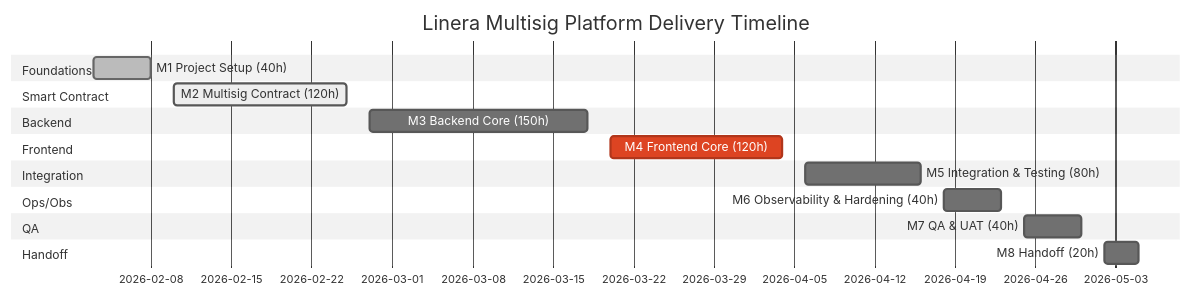
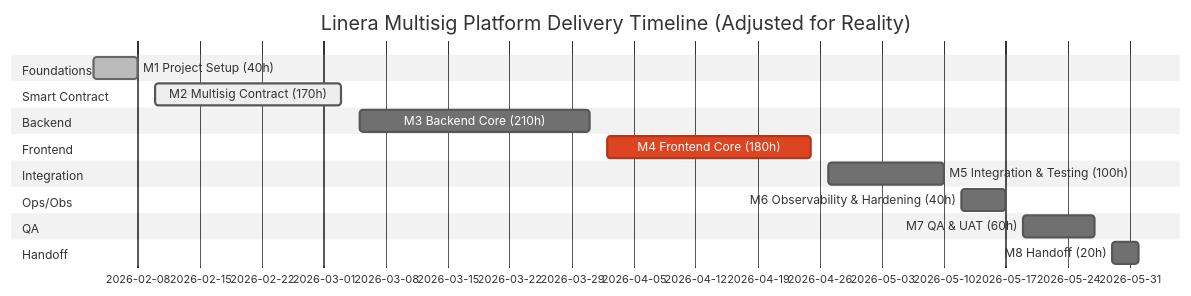
The third of 3 diagrams in docs/PROPOSAL/linera-multisig-platform-proposal.md (keyper-labs/linera.dev), drawn with Mermaid (neutral theme) before and after one commit. The commit also changed other lines of this file and 1 other file, not shown here.

First line of the commit message:
docs: critical architecture and timeline corrections based on parallel audit

````diff
--- a/docs/PROPOSAL/linera-multisig-platform-proposal.md
+++ b/docs/PROPOSAL/linera-multisig-platform-proposal.md
@@ -375,29 +395,29 @@
 ```mermaid
 gantt
     dateFormat YYYY-MM-DD
-    title Linera Multisig Platform Delivery Timeline
+    title Linera Multisig Platform Delivery Timeline (Adjusted for Reality)
 
     section Foundations
     M1 Project Setup (40h)           :done,    m1, 2026-02-03, 5d
 
     section Smart Contract
-    M2 Multisig Contract (120h)      :active,  m2, 2026-02-10, 15d
+    M2 Multisig Contract (170h)      :active,  m2, 2026-02-10, 21d
 
     section Backend
-    M3 Backend Core (150h)           :         m3, 2026-02-27, 19d
+    M3 Backend Core (210h)           :         m3, 2026-03-05, 26d
 
     section Frontend
-    M4 Frontend Core (120h)          :crit,    m4, 2026-03-20, 15d
+    M4 Frontend Core (180h)          :crit,    m4, 2026-04-02, 23d
 
     section Integration
-    M5 Integration & Testing (80h)   :         m5, 2026-04-06, 10d
+    M5 Integration & Testing (100h)   :         m5, 2026-04-27, 13d
 
     section Ops/Obs
-    M6 Observability & Hardening (40h) :        m6, 2026-04-18, 5d
+    M6 Observability & Hardening (40h) :        m6, 2026-05-12, 5d
 
     section QA
-    M7 QA & UAT (40h)                :         m7, 2026-04-25, 5d
+    M7 QA & UAT (60h)                :         m7, 2026-05-19, 8d
 
     section Handoff
-    M8 Handoff (20h)                 :         m8, 2026-05-02, 3d
+    M8 Handoff (20h)                 :         m8, 2026-05-29, 3d
 ```
````
